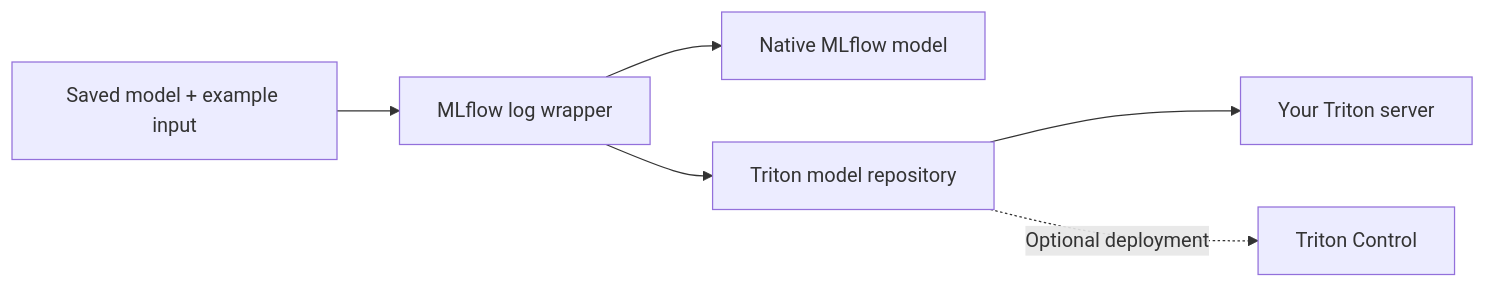
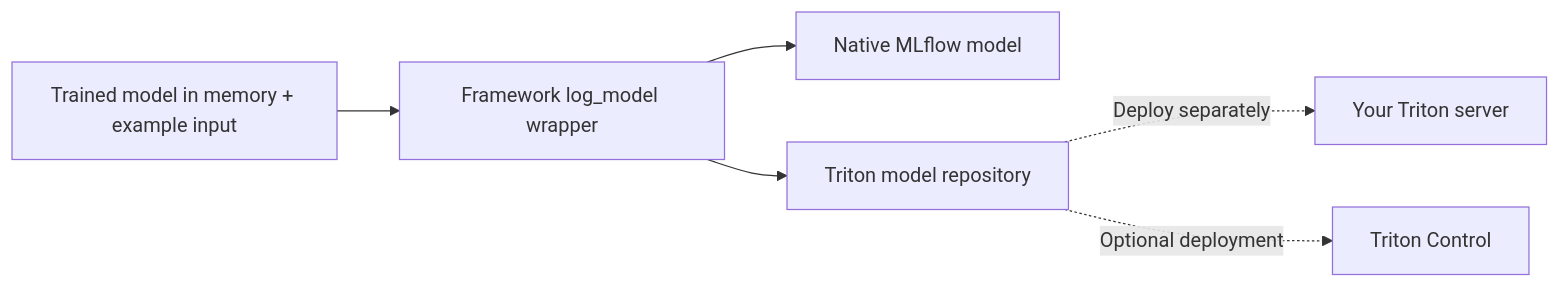
Before and after one commit to ai-lab-tech/mlflow-plugin: the diagram in README.md, drawn with Mermaid. The commit also changed other lines of this file, not shown here.

Commit message:
Update README.md to clarify model logging process and serving file retrieval

````diff
--- a/README.md
+++ b/README.md
@@ -25,8 +25,8 @@
 ```mermaid
 flowchart LR
-    A[Saved model + example input] --> B[MLflow log wrapper]
+    A[Trained model in memory + example input] --> B[Framework log_model wrapper]
     B --> C[Native MLflow model]
     B --> D[Triton model repository]
-    D --> E[Your Triton server]
+    D -. Deploy separately .-> E[Your Triton server]
     D -. Optional deployment .-> F[Triton Control]
 ```
````
